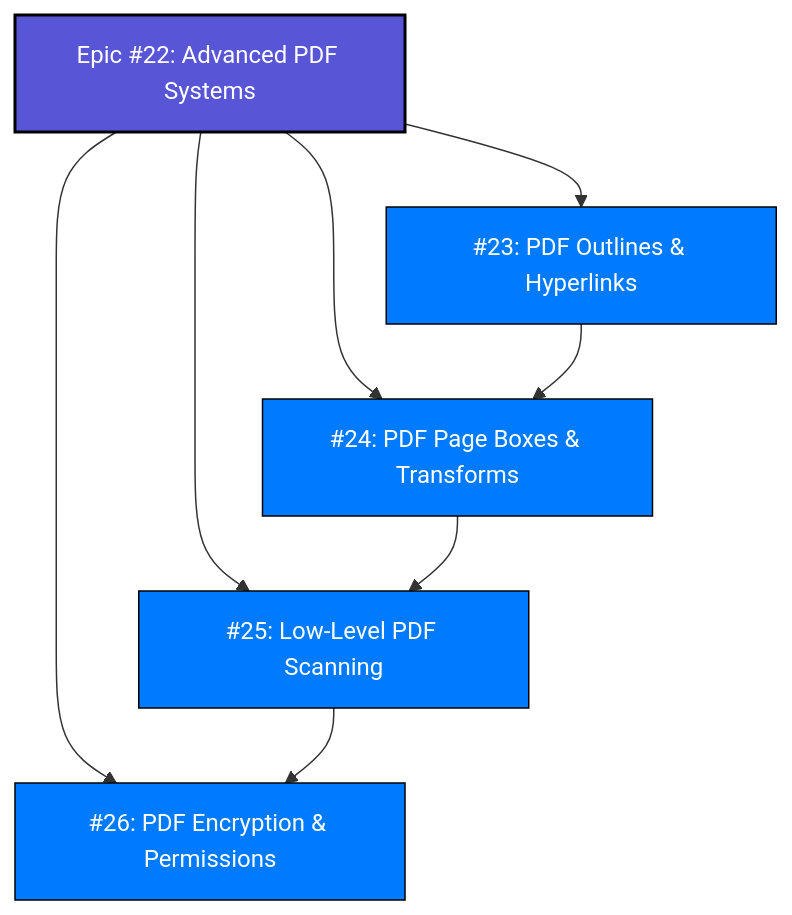
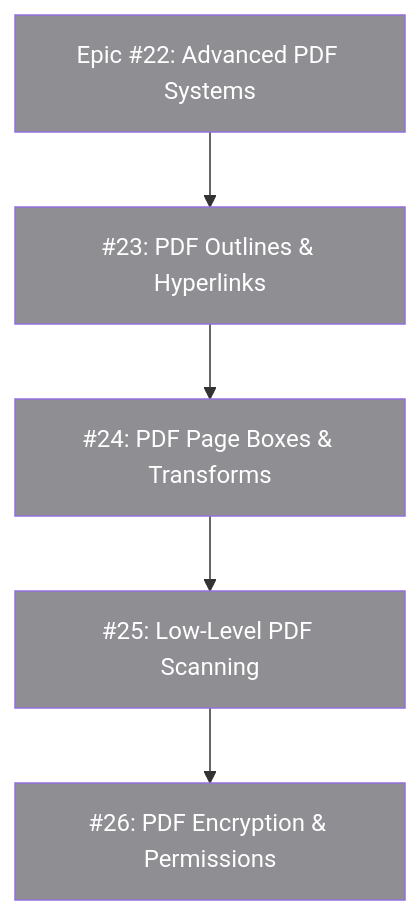
The sixth of 6 diagrams in README.md (SlayerMotion/PureDraw), drawn with Mermaid before and after one commit. The commit also changed other lines of this file and 11 other files, not shown here.

First line of the commit message:
feat: implement graphics state properties and path containment checks

````diff
--- a/README.md
+++ b/README.md
@@ -218,19 +228,17 @@
 ```mermaid
-flowchart TD
-    Epic22["Epic #22: Advanced PDF Systems"]:::epic --> I23["#23: PDF Outlines & Hyperlinks"]:::issue
-    Epic22 --> I24["#24: PDF Page Boxes & Transforms"]:::issue
-    Epic22 --> I25["#25: Low-Level PDF Scanning"]:::issue
-    Epic22 --> I26["#26: PDF Encryption & Permissions"]:::issue
-    
-    I23 --> I24
-    I24 --> I25
-    I25 --> I26
+flowchart TB
+    classDef done    fill:#34C759,color:#FFFFFF
+    classDef active  fill:#007AFF,color:#FFFFFF
+    classDef review  fill:#30B0C7,color:#FFFFFF
+    classDef next    fill:#5856D6,color:#FFFFFF
+    classDef partial fill:#FF9500,color:#FFFFFF
+    classDef todo    fill:#8E8E93,color:#FFFFFF
 
-    classDef epic fill:#5856d6,stroke:#000,color:#fff,stroke-width:2px;
-    classDef issue fill:#007aff,stroke:#000,color:#fff;
+    Epic22["Epic #22: Advanced PDF Systems"]:::todo --> I23["#23: PDF Outlines & Hyperlinks"]:::todo --> I24["#24: PDF Page Boxes & Transforms"]:::todo --> I25["#25: Low-Level PDF Scanning"]:::todo --> I26["#26: PDF Encryption & Permissions"]:::todo
+
     click Epic22 href "https://github.com/mihaelamj/PureDraw/issues/22" "Epic #22"
     click I23 href "https://github.com/mihaelamj/PureDraw/issues/23" "Issue #23"
     click I24 href "https://github.com/mihaelamj/PureDraw/issues/24" "Issue #24"
     click I25 href "https://github.com/mihaelamj/PureDraw/issues/25" "Issue #25"
     click I26 href "https://github.com/mihaelamj/PureDraw/issues/26" "Issue #26"
 ```
````
